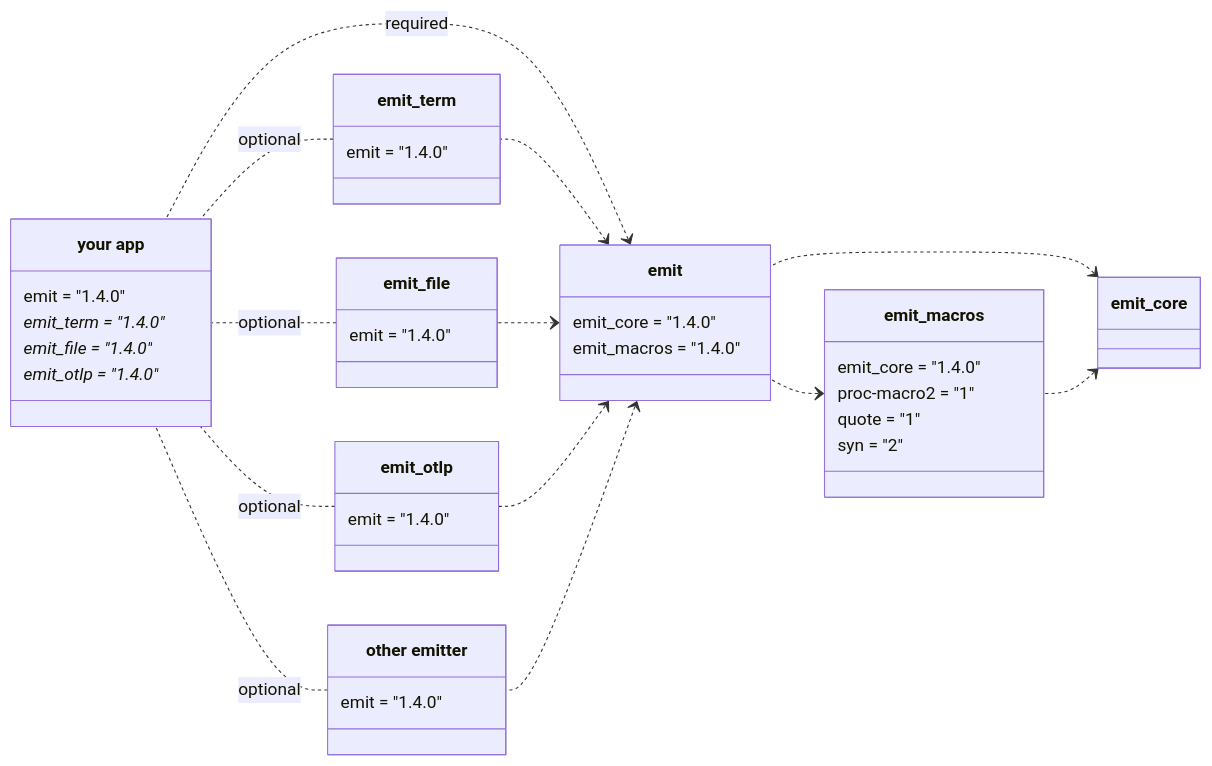
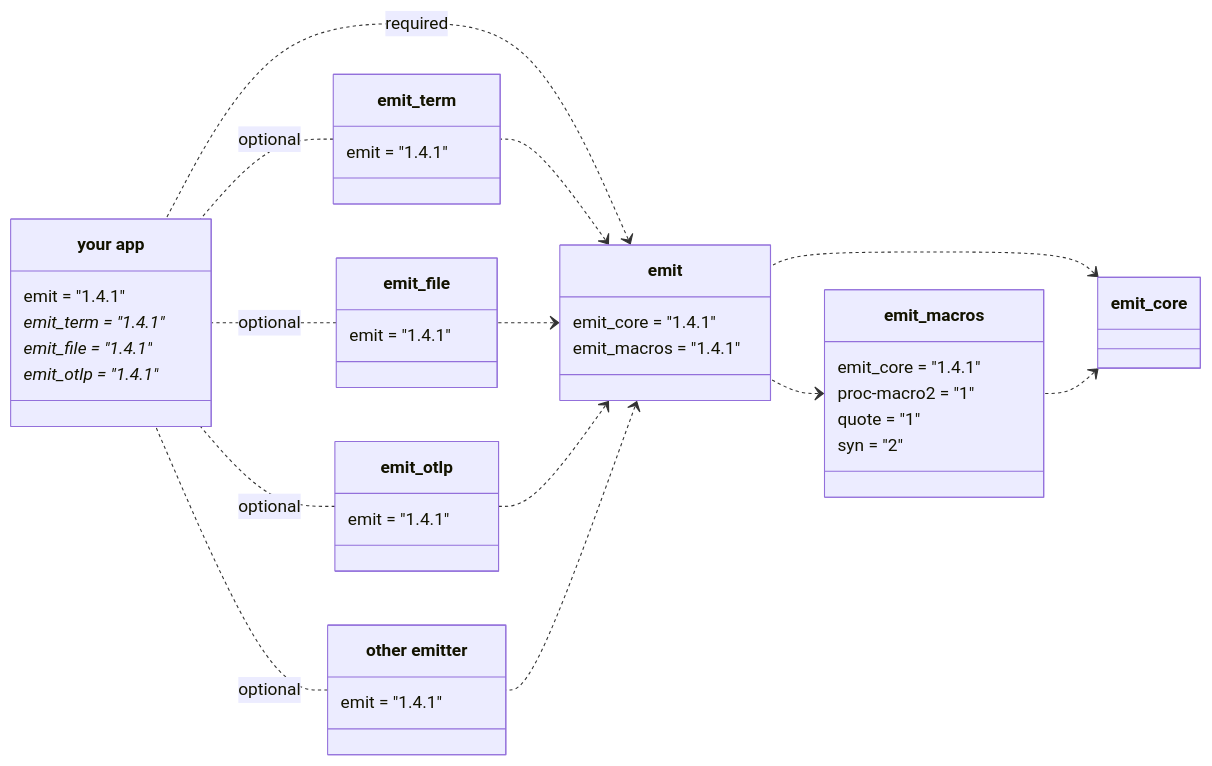
The first of 5 diagrams in book/src/reference/architecture.md (emit-rs/emit), drawn with Mermaid before and after one commit. The commit also changed other lines of this file and 61 other files, not shown here.

````diff
--- a/book/src/reference/architecture.md
+++ b/book/src/reference/architecture.md
@@ -9,62 +9,62 @@
 ```mermaid
 classDiagram
     direction RL
     
     emit_core <.. emit_macros
     emit_core <.. emit
     emit_macros <.. emit
 
     class emit_macros {
-        emit_core = "1.4.0"
+        emit_core = "1.4.1"
         proc-macro2 = "1"
         quote = "1"
         syn = "2"
     }
 
     emit <.. emit_term
     emit <.. emit_file
     emit <.. emit_otlp
     emit <.. emit_custom
 
     emit <.. app : required
 
     class emit {
-        emit_core = "1.4.0"
-        emit_macros = "1.4.0"
+        emit_core = "1.4.1"
+        emit_macros = "1.4.1"
     }
 
     emit_term .. app : optional
     emit_file .. app : optional
     emit_otlp .. app : optional
     emit_custom .. app : optional
 
     class emit_term {
-        emit = "1.4.0"
+        emit = "1.4.1"
     }
 
     class emit_file {
-        emit = "1.4.0"
+        emit = "1.4.1"
     }
 
     class emit_otlp {
-        emit = "1.4.0"
+        emit = "1.4.1"
     }
 
     class emit_custom["other emitter"] {
-        emit = "1.4.0"
+        emit = "1.4.1"
     }
 
     class app["your app"] {
-        emit = "1.4.0"
-        emit_term = "1.4.0"*
-        emit_file = "1.4.0"*
-        emit_otlp = "1.4.0"*
+        emit = "1.4.1"
+        emit_term = "1.4.1"*
+        emit_file = "1.4.1"*
+        emit_otlp = "1.4.1"*
     }
 
-    click emit_core href "https://docs.rs/emit_core/1.4.0/emit_core/index.html"
-    click emit_macros href "https://docs.rs/emit_macros/1.4.0/emit_macros/index.html"
-    click emit href "https://docs.rs/emit/1.4.0/emit/index.html"
-    click emit_term href "https://docs.rs/emit_term/1.4.0/emit_term/index.html"
-    click emit_file href "https://docs.rs/emit_file/1.4.0/emit_file/index.html"
-    click emit_otlp href "https://docs.rs/emit_otlp/1.4.0/emit_otlp/index.html"
+    click emit_core href "https://docs.rs/emit_core/1.4.1/emit_core/index.html"
+    click emit_macros href "https://docs.rs/emit_macros/1.4.1/emit_macros/index.html"
+    click emit href "https://docs.rs/emit/1.4.1/emit/index.html"
+    click emit_term href "https://docs.rs/emit_term/1.4.1/emit_term/index.html"
+    click emit_file href "https://docs.rs/emit_file/1.4.1/emit_file/index.html"
+    click emit_otlp href "https://docs.rs/emit_otlp/1.4.1/emit_otlp/index.html"
 ```
````
